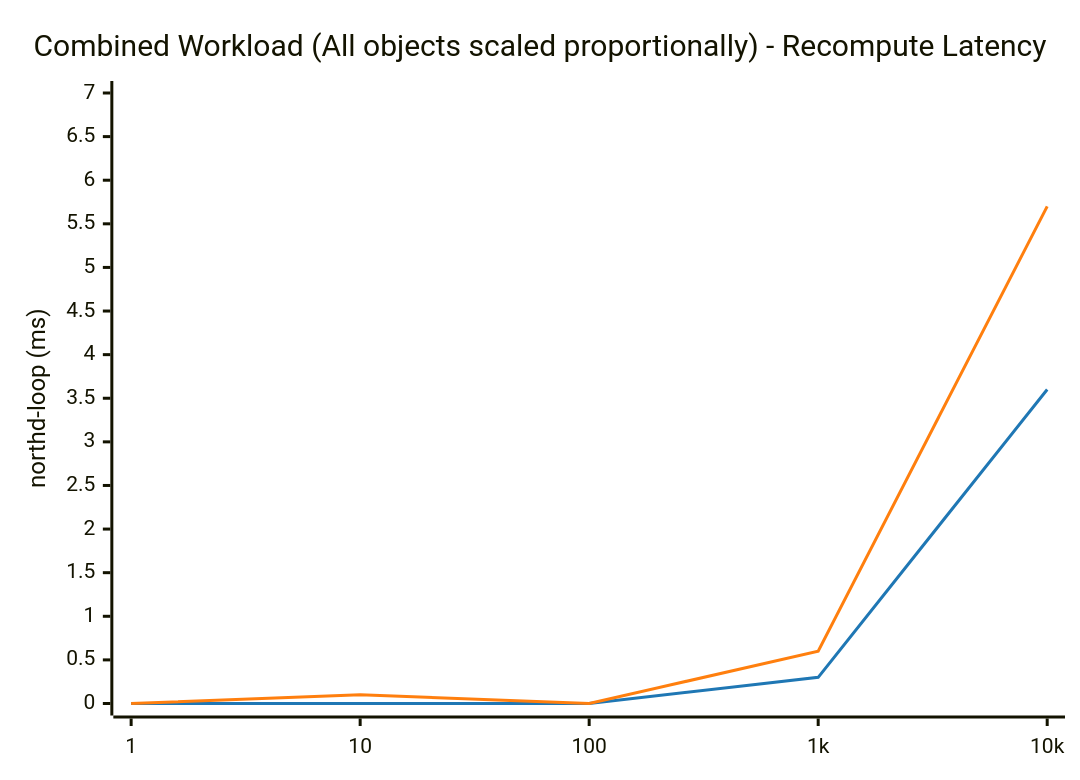
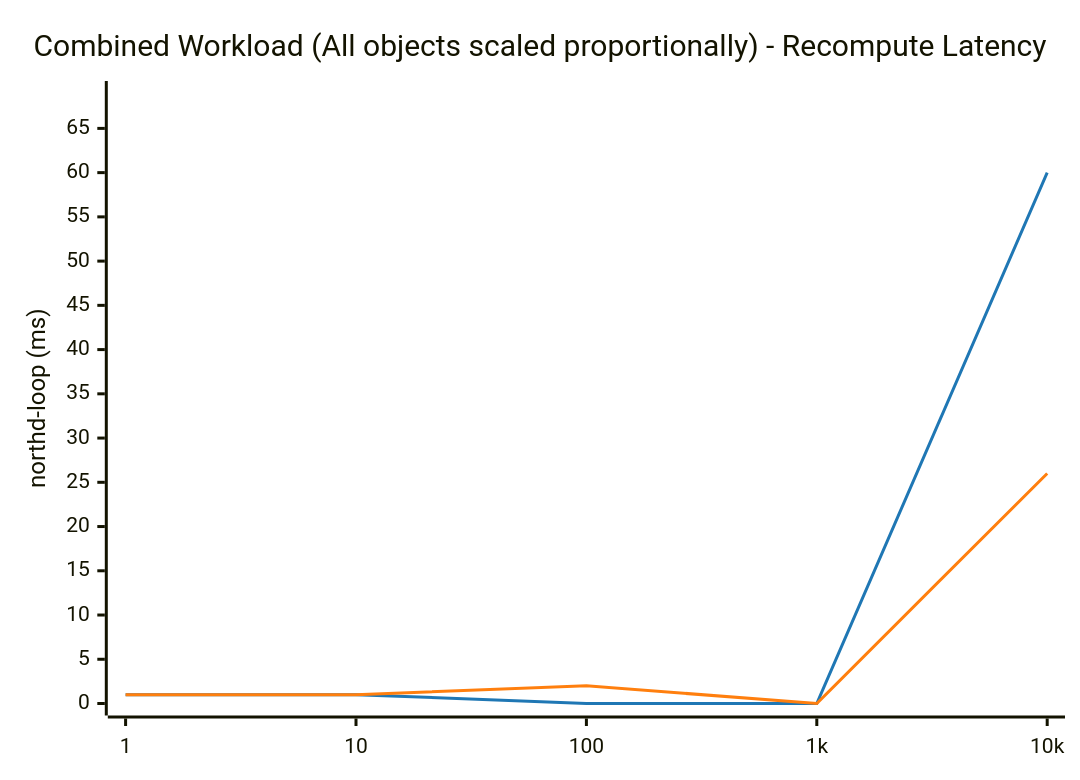
Diagram 13 of 14 in results/BENCHMARK_REPORT.md (LionelJouin/ovs-ovn-bench), drawn with Mermaid before and after one commit. The commit also changed other lines of this file and 4 other files, not shown here.

````diff
--- a/results/BENCHMARK_REPORT.md
+++ b/results/BENCHMARK_REPORT.md
@@ -856,14 +856,14 @@
 ```mermaid
 ---
 config:
     themeVariables:
         xyChart:
             plotColorPalette: "#1f77b4, #ff7f0e"
 ---
 xychart-beta
     title "Combined Workload (All objects scaled proportionally) - Recompute Latency"
     x-axis ["1", "10", "100", "1k", "10k"]
-    y-axis "northd-loop (ms)" 0 --> 7
-    line "glibc malloc" [0.0, 0.0, 0.0, 0.3, 3.6]
-    line "jemalloc" [0.0, 0.1, 0.0, 0.6, 5.7]
+    y-axis "northd-loop (ms)" 0 --> 69
+    line "glibc malloc" [1.0, 1.0, 0.0, 0.0, 60.0]
+    line "jemalloc" [1.0, 1.0, 2.0, 0.0, 26.0]
 ```
````
